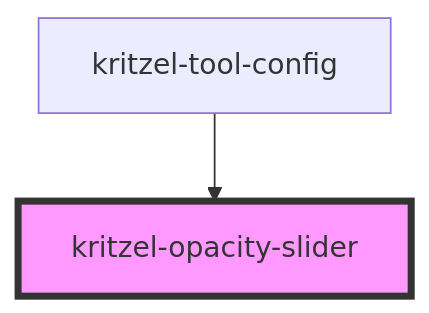
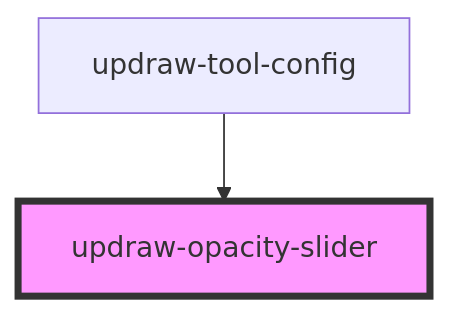
Before and after one commit to kasual1/kritzel: the diagram in libs/editor/core/src/components/updraw-opacity-slider/readme.md, drawn with Mermaid. The commit also changed other lines of this file and 1129 other files, not shown here.

First line of the commit message:
Replace kritzel with updraw across the codebase

````diff
--- a/libs/editor/core/src/components/updraw-opacity-slider/readme.md
+++ b/libs/editor/core/src/components/updraw-opacity-slider/readme.md
@@ -33,5 +33,5 @@
 ```mermaid
 graph TD;
-  kritzel-tool-config --> kritzel-opacity-slider
-  style kritzel-opacity-slider fill:#f9f,stroke:#333,stroke-width:4px
+  updraw-tool-config --> updraw-opacity-slider
+  style updraw-opacity-slider fill:#f9f,stroke:#333,stroke-width:4px
 ```
````
